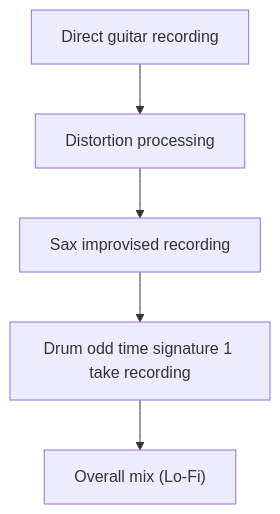
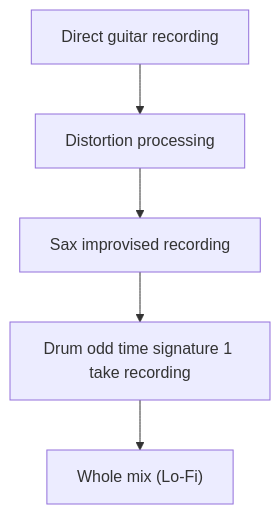
Before and after one commit to monumental-movement/monumental-movement.github.io: the first of 18 diagrams in en/_posts/2025-11-22-column-butthole-surfers.md, drawn with Mermaid. The commit also changed other lines of this file and 399 other files, not shown here.

```diff
--- a/en/_posts/2025-11-22-column-butthole-surfers.md
+++ b/en/_posts/2025-11-22-column-butthole-surfers.md
@@ -84,7 +84,7 @@
 <div class="mermaid">
 flowchart TD
     A["Direct guitar recording"] --> B["Distortion processing"]
     B --> C["Sax improvised recording"]
     C --> D["Drum odd time signature 1 take recording"]
-    D --> E["Overall mix (Lo-Fi)"]
+    D --> E["Whole mix (Lo-Fi)"]
 </div>
```
